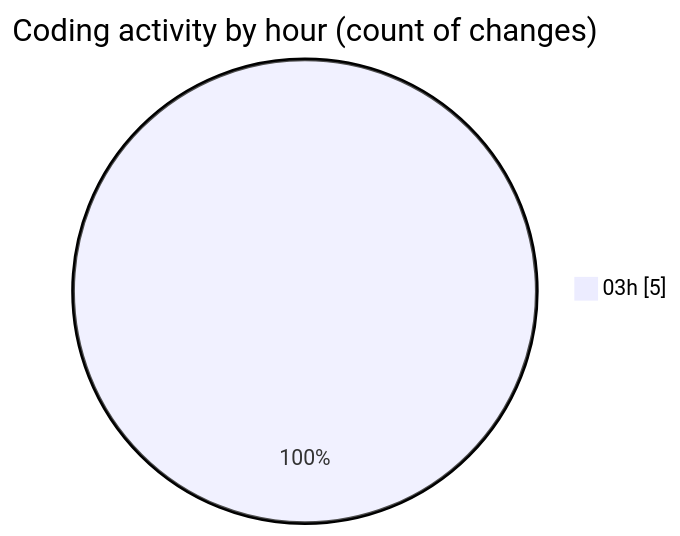
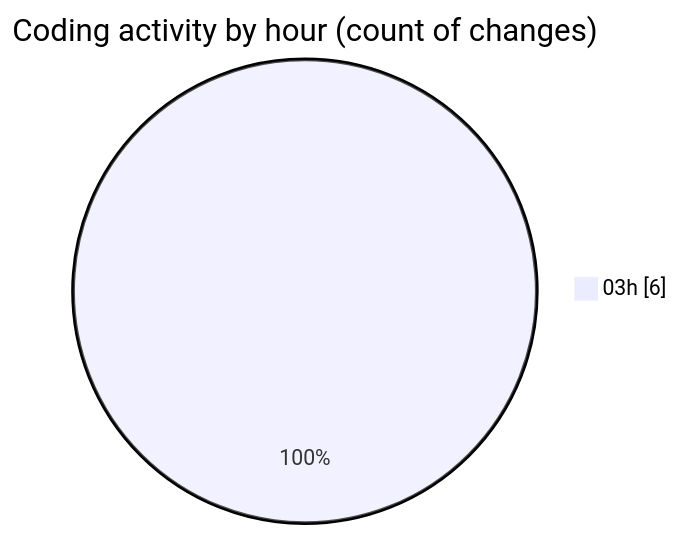
One commit to donsfak/code-tracking changed the second of 2 diagrams in 2025-01-02/maps_clone/README.md. Above: the diagram before and after it, drawn with Mermaid. The commit also changed other lines of this file and 2 other files, not shown here.

````diff
--- a/2025-01-02/maps_clone/README.md
+++ b/2025-01-02/maps_clone/README.md
@@ -30,5 +30,5 @@
 ```mermaid
 pie showData
 title Coding activity by hour (count of changes)
-"03h" : 5
+"03h" : 6
 ```
````
